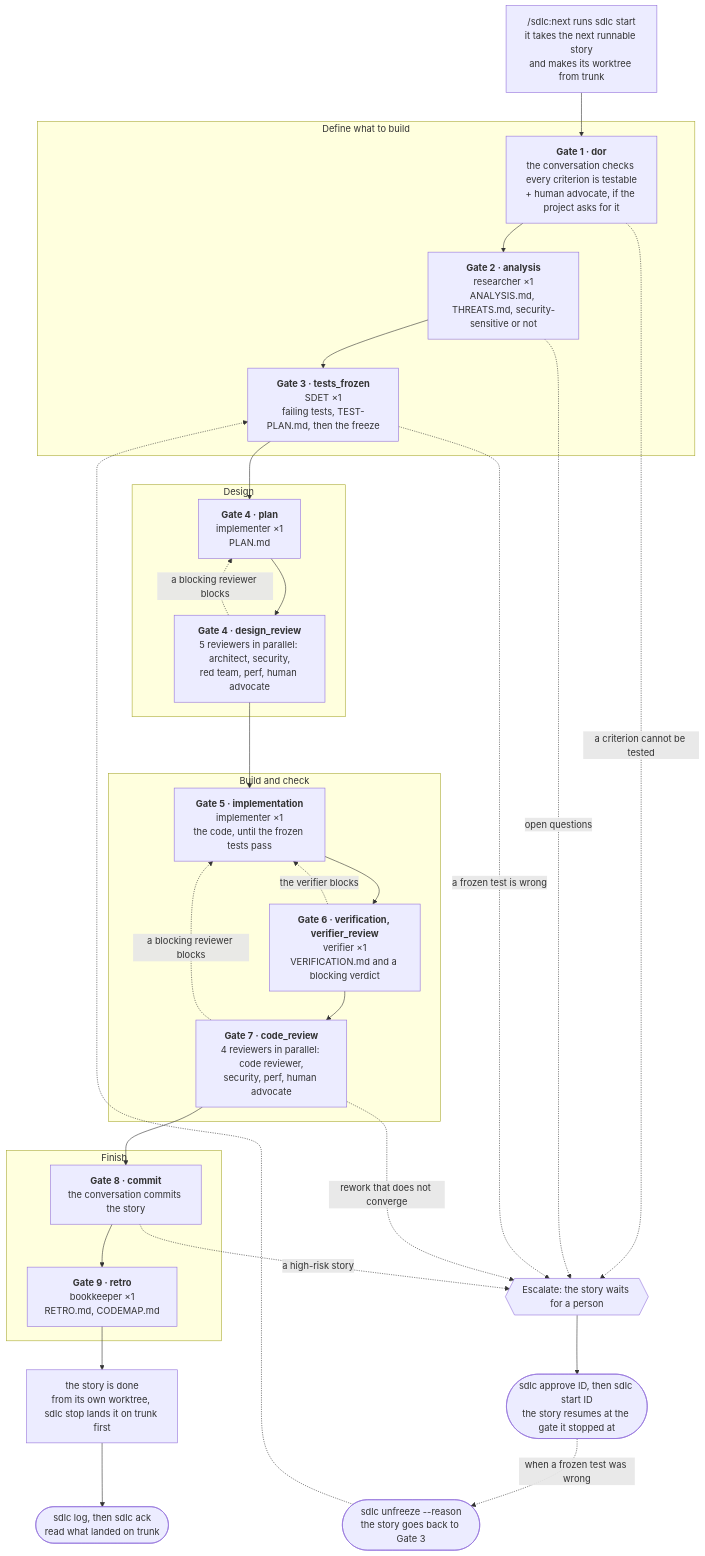
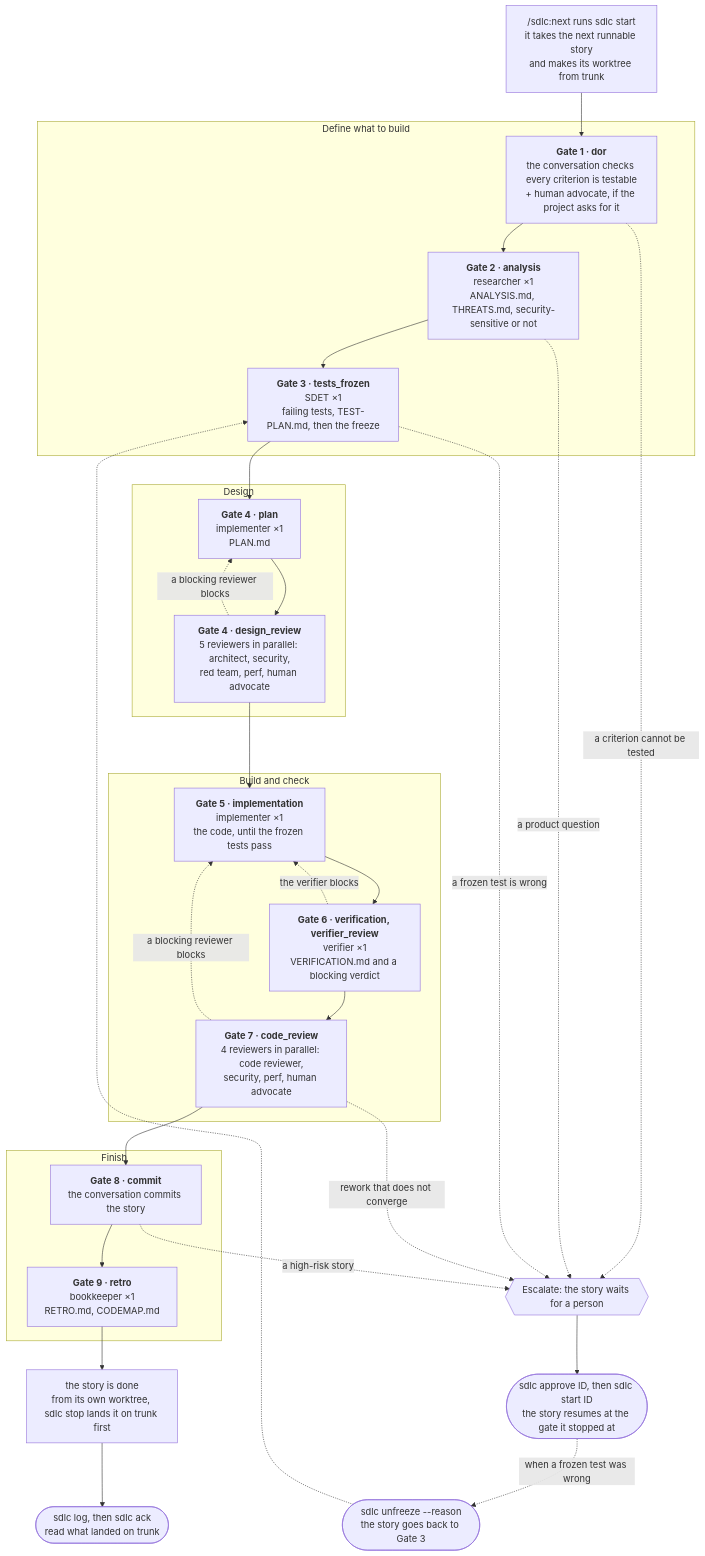
One commit to bbsnly/sdlc changed the diagram in docs/the-loop.md. Above: the diagram before and after it, drawn with Mermaid. The commit also changed other lines of this file and 64 other files, not shown here.

````diff
--- a/docs/the-loop.md
+++ b/docs/the-loop.md
@@ -107,50 +109,50 @@
 ```mermaid
 flowchart TD
     start["/sdlc:next runs sdlc start<br/>it takes the next runnable story<br/>and makes its worktree from trunk"]
 
     subgraph define["Define what to build"]
         g1["<b>Gate 1 · dor</b><br/>the conversation checks every criterion is testable<br/>+ human advocate, if the project asks for it"]
         g2["<b>Gate 2 · analysis</b><br/>researcher ×1<br/>ANALYSIS.md, THREATS.md, security-sensitive or not"]
         g3["<b>Gate 3 · tests_frozen</b><br/>SDET ×1<br/>failing tests, TEST-PLAN.md, then the freeze"]
     end
 
     subgraph design["Design"]
         g4a["<b>Gate 4 · plan</b><br/>implementer ×1<br/>PLAN.md"]
         g4b["<b>Gate 4 · design_review</b><br/>5 reviewers in parallel: architect, security,<br/>red team, perf, human advocate"]
     end
 
     subgraph build["Build and check"]
         g5["<b>Gate 5 · implementation</b><br/>implementer ×1<br/>the code, until the frozen tests pass"]
         g6["<b>Gate 6 · verification, verifier_review</b><br/>verifier ×1<br/>VERIFICATION.md and a blocking verdict"]
         g7["<b>Gate 7 · code_review</b><br/>4 reviewers in parallel: code reviewer,<br/>security, perf, human advocate"]
     end
 
     subgraph finish["Finish"]
         g8["<b>Gate 8 · commit</b><br/>the conversation commits the story"]
         g9["<b>Gate 9 · retro</b><br/>bookkeeper ×1<br/>RETRO.md, CODEMAP.md"]
     end
 
     done["the story is done<br/>from its own worktree, sdlc stop lands it on trunk first"]
 
     start --> g1 --> g2 --> g3 --> g4a --> g4b --> g5 --> g6 --> g7 --> g8 --> g9 --> done
 
     g4b -.->|a blocking reviewer blocks| g4a
     g6 -.->|the verifier blocks| g5
     g7 -.->|a blocking reviewer blocks| g5
 
     esc{{"Escalate: the story waits for a person"}}
     g1 -.->|a criterion cannot be tested| esc
-    g2 -.->|open questions| esc
+    g2 -.->|a product question| esc
     g3 -.->|a frozen test is wrong| esc
     g7 -.->|rework that does not converge| esc
     g8 -.->|a high-risk story| esc
 
     approve(["sdlc approve ID, then sdlc start ID<br/>the story resumes at the gate it stopped at"])
     unfreeze(["sdlc unfreeze --reason<br/>the story goes back to Gate 3"])
     esc --> approve
     approve -.->|when a frozen test was wrong| unfreeze
     unfreeze -.-> g3
 
     ack(["sdlc log, then sdlc ack<br/>read what landed on trunk"])
     done --> ack
 ```
````
